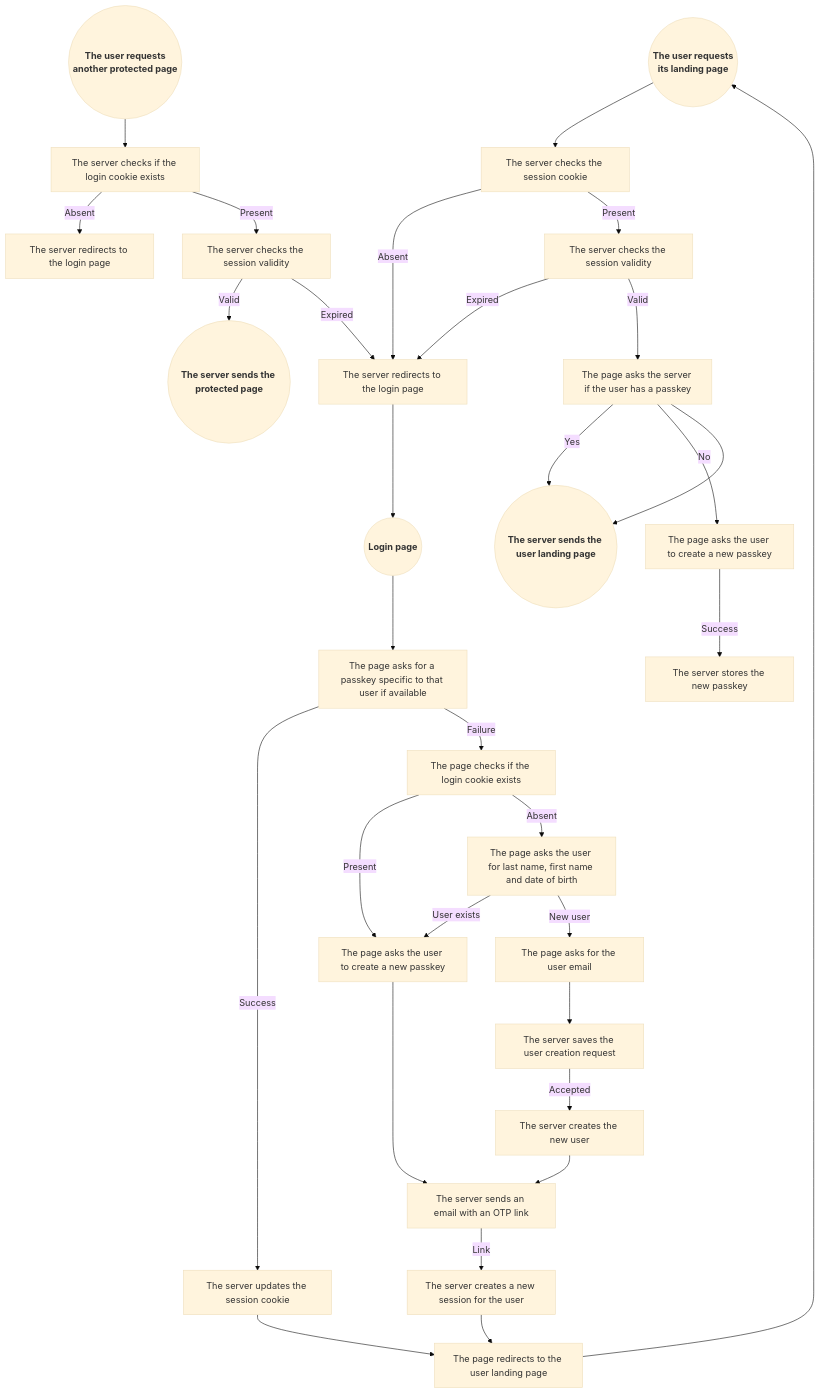
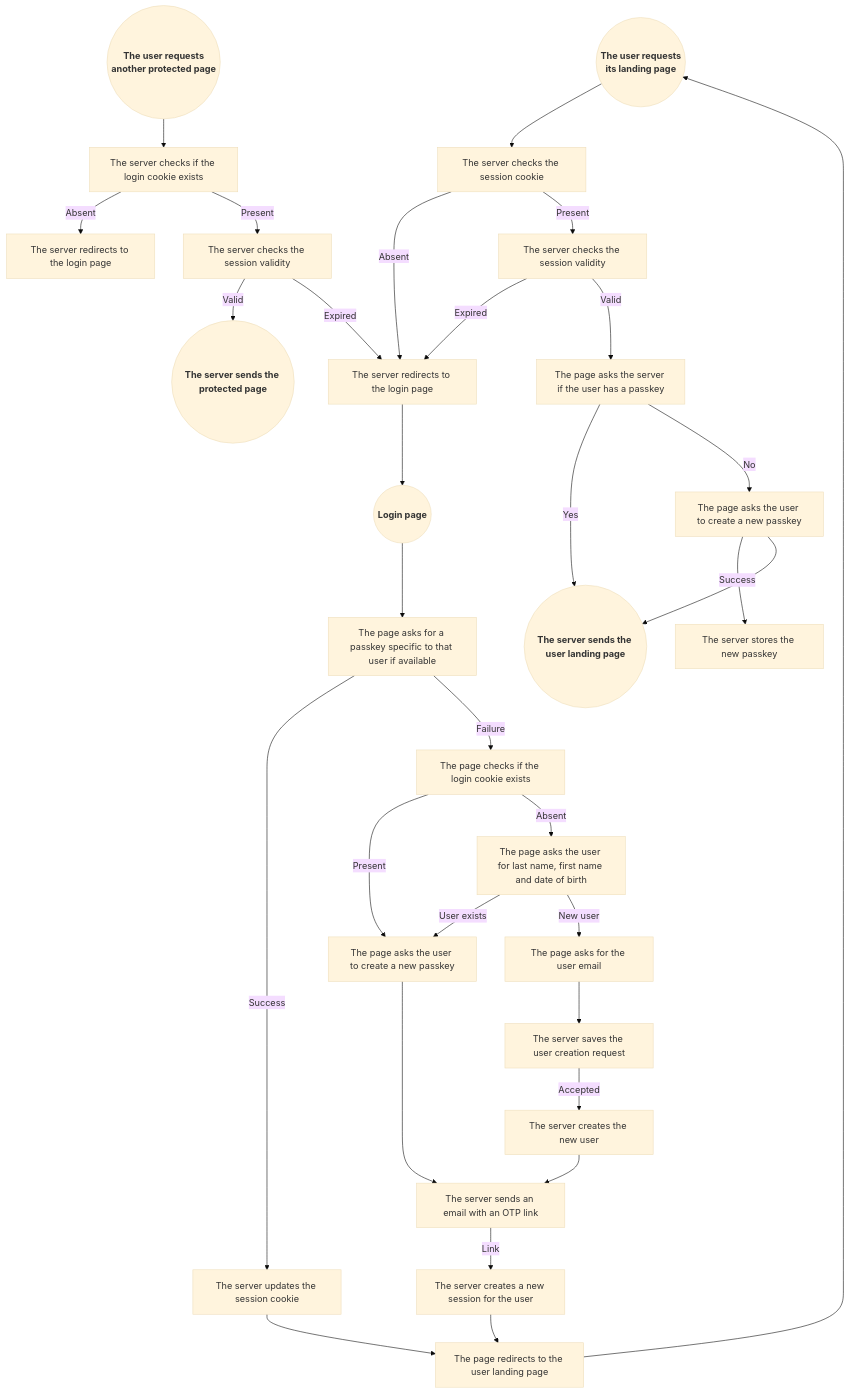
One commit to programingjd/tiered_server changed the diagram in README.md. Above: the diagram before and after it, drawn with Mermaid (base theme).

````diff
--- a/README.md
+++ b/README.md
@@ -123,40 +123,40 @@
 ```mermaid
 graph TD;
   UserLandingPageRequest(("<b>The user requests<br>its landing page</b>"))
   ProtectedPageRequest(("<b>The user requests<br>another protected page</b>"))
   LoginPageRequest(("<b>Login page</b>"))
   
   ProtectedPageRequest-->QueryCookie1[The server checks if the login cookie exists]
   QueryCookie1-->|Absent|LoginPageRedirect1[The server redirects to the login page]
   QueryCookie1-->|Present|CheckSessionValidity1[The server checks the session validity]
   CheckSessionValidity1-->|Valid|ProtectedPageResponse(("<b>The server sends the protected page<b>"))
   CheckSessionValidity1-->|Expired|LoginPageRedirect
 
   UserLandingPageRequest-->QueryCookie2[The server checks the session cookie]
   QueryCookie2--Absent-->LoginPageRedirect[The server redirects to the login page]
   QueryCookie2--Present-->CheckSessionValidity2[The server checks the session validity]
   CheckSessionValidity2-->|Expired|LoginPageRedirect
   CheckSessionValidity2-->|Valid|QueryExistingPasskey2[The page asks the server if the user has a passkey]
   QueryExistingPasskey2-->|Yes|UserLandingPageResponse(("<b>The server sends the user landing page<b>"))
   QueryExistingPasskey2-->|No|NewPasskeyPrompt2[The page asks the user to create a new passkey]
   NewPasskeyPrompt2-->|Success|NewPasskeyStore2[The server stores the new passkey]
-  QueryExistingPasskey2-->UserLandingPageResponse
+  NewPasskeyPrompt2-->UserLandingPageResponse
 
   LoginPageRequest-->QueryPasskey[The page asks for a passkey specific to that user if available]
   QueryPasskey-->|Success|SessionCookieUpdate[The server updates the session cookie]
   SessionCookieUpdate-->UserLandingPageRedirect[The page redirects to the user landing page]
   QueryPasskey-->|Failure|QueryCookie3[The page checks if the login cookie exists]
   QueryCookie3-->|Present|NewPasskeyPrompt3[The page asks the user to create a new passkey]
   QueryCookie3-->|Absent|UserForm[The page asks the user for last name, first name and date of birth]
   UserForm-->|User exists|NewPasskeyPrompt3
   NewPasskeyPrompt3-->EmailOTP[The server sends an email with an OTP link]
   EmailOTP-->|Link|NewSession[The server creates a new session for the user]
   NewSession-->UserLandingPageRedirect
   UserForm-->|New user|NewUser[The page asks for the user email]
   NewUser-->UserModeration[The server saves the user creation request]
   UserModeration-->|Accepted|UserCreation[The server creates the new user]
   UserCreation-->EmailOTP
   
   UserLandingPageRedirect-->UserLandingPageRequest
   LoginPageRedirect-->LoginPageRequest
 ```
````
